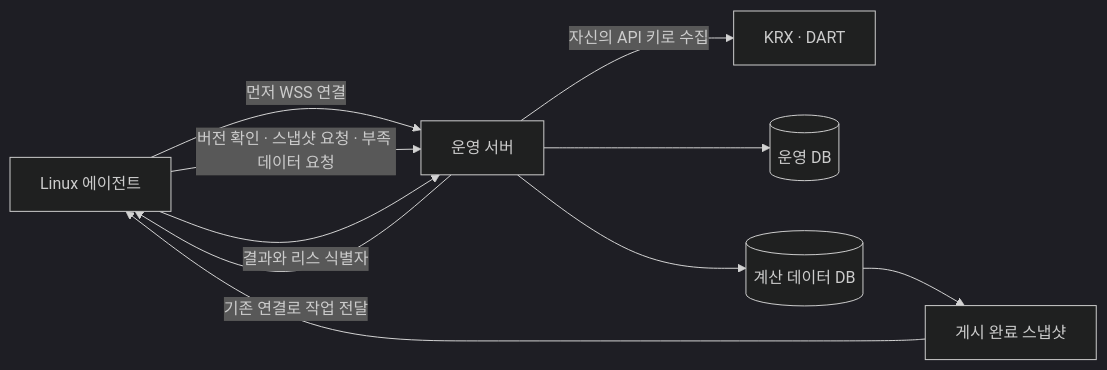
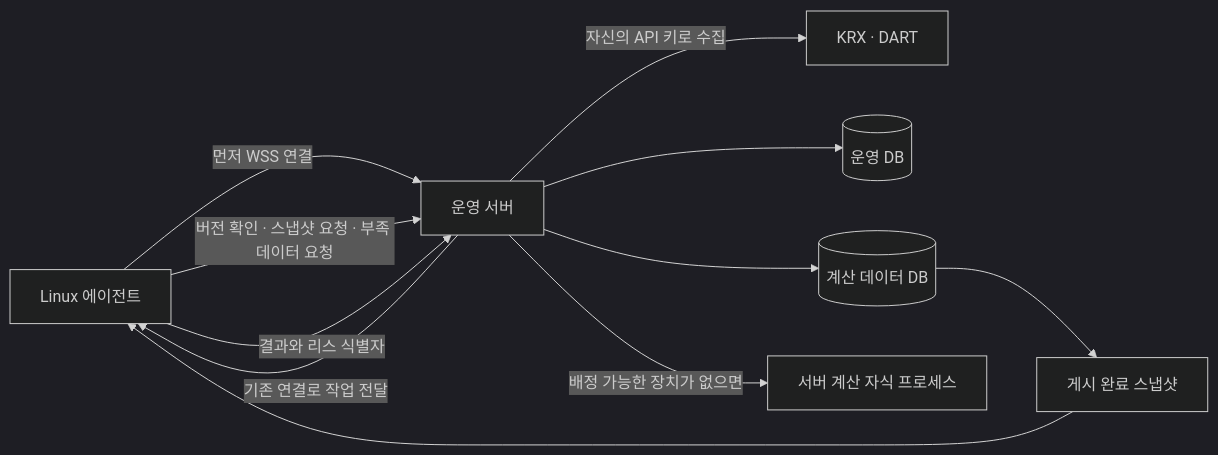
The diagram in docs/AGENT_OPERATIONS.md (sa04108/trading-webapp), drawn with Mermaid (dark theme) before and after one commit. The commit also changed other lines of this file and 11 other files, not shown here.

````diff
--- a/docs/AGENT_OPERATIONS.md
+++ b/docs/AGENT_OPERATIONS.md
@@ -7,12 +7,13 @@
 ```mermaid
 flowchart LR
   PC[Linux 에이전트] -->|먼저 WSS 연결| APP[운영 서버]
   APP -->|기존 연결로 작업 전달| PC
   PC -->|버전 확인 · 스냅샷 요청 · 부족 데이터 요청| APP
   APP -->|자신의 API 키로 수집| API[KRX · DART]
   APP --> OPS[(운영 DB)]
   APP --> DATA[(계산 데이터 DB)]
   DATA --> SNAP[게시 완료 스냅샷]
   SNAP --> PC
   PC -->|결과와 리스 식별자| APP
+  APP -->|배정 가능한 장치가 없으면| LOCAL[서버 계산 자식 프로세스]
 ```
````
